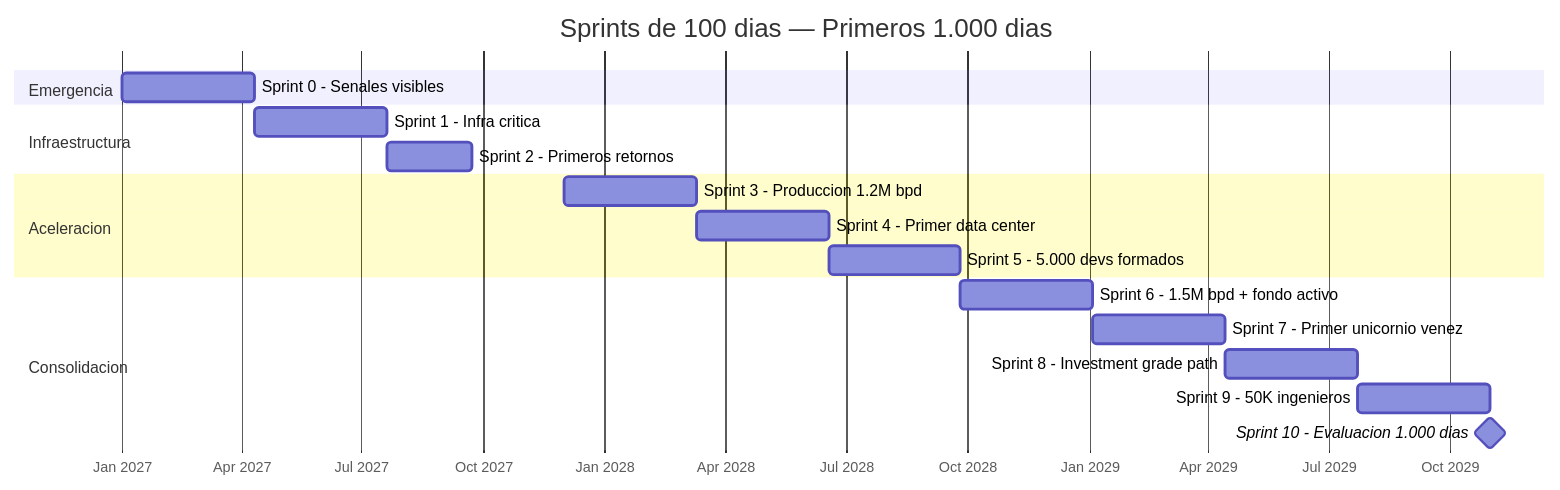
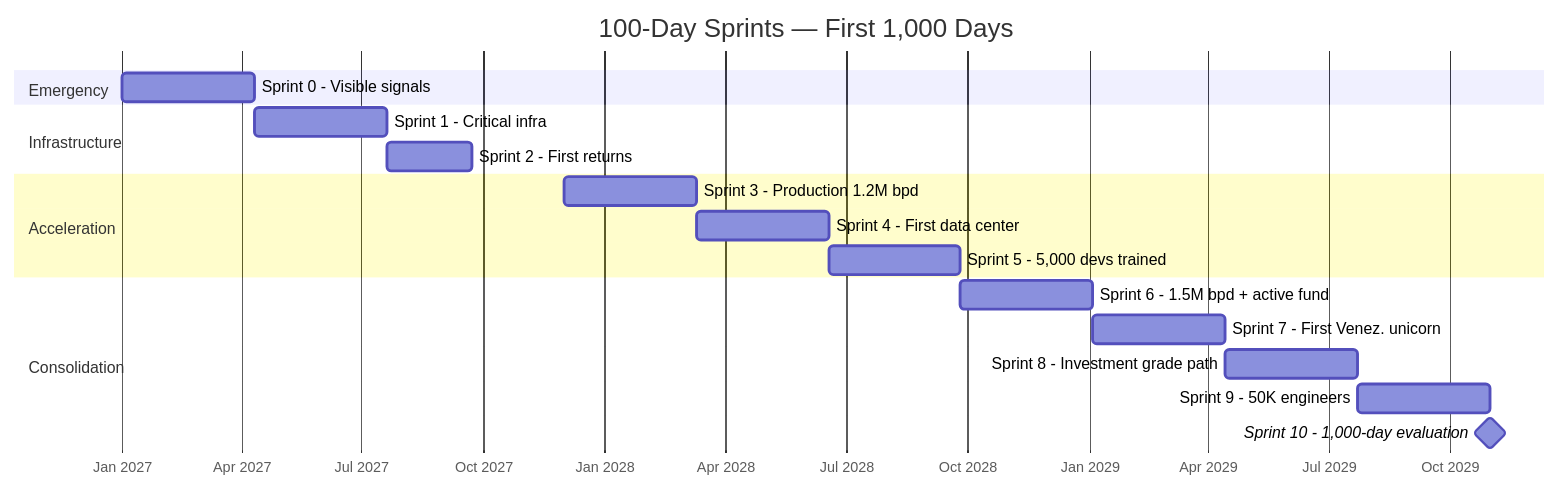
One commit to Venezuela-S-A/venezuela-sa changed the second of 2 diagrams in i18n/en/docusaurus-plugin-content-docs/current/07-ejecucion/timeline.md. Above: the diagram before and after it, drawn with Mermaid. The commit also changed other lines of this file and 127 other files, not shown here.

````diff
--- a/i18n/en/docusaurus-plugin-content-docs/current/07-ejecucion/timeline.md
+++ b/i18n/en/docusaurus-plugin-content-docs/current/07-ejecucion/timeline.md
@@ -98,25 +98,25 @@
 ```mermaid
 gantt
-    title Sprints de 100 dias — Primeros 1.000 dias
+    title 100-Day Sprints — First 1,000 Days
     dateFormat YYYY-MM-DD
     axisFormat %b %Y
 
-    section Emergencia
-    Sprint 0 - Senales visibles       :s0, 2027-01-01, 100d
+    section Emergency
+    Sprint 0 - Visible signals         :s0, 2027-01-01, 100d
 
-    section Infraestructura
-    Sprint 1 - Infra critica           :s1, after s0, 100d
-    Sprint 2 - Primeros retornos       :s2, after s1, 65d
+    section Infrastructure
+    Sprint 1 - Critical infra          :s1, after s0, 100d
+    Sprint 2 - First returns           :s2, after s1, 65d
 
-    section Aceleracion
-    Sprint 3 - Produccion 1.2M bpd     :s3, 2027-12-01, 100d
-    Sprint 4 - Primer data center      :s4, after s3, 100d
-    Sprint 5 - 5.000 devs formados     :s5, after s4, 100d
+    section Acceleration
+    Sprint 3 - Production 1.2M bpd     :s3, 2027-12-01, 100d
+    Sprint 4 - First data center       :s4, after s3, 100d
+    Sprint 5 - 5,000 devs trained      :s5, after s4, 100d
 
-    section Consolidacion
-    Sprint 6 - 1.5M bpd + fondo activo :s6, after s5, 100d
-    Sprint 7 - Primer unicornio venez  :s7, after s6, 100d
+    section Consolidation
+    Sprint 6 - 1.5M bpd + active fund  :s6, after s5, 100d
+    Sprint 7 - First Venez. unicorn    :s7, after s6, 100d
     Sprint 8 - Investment grade path   :s8, after s7, 100d
-    Sprint 9 - 50K ingenieros          :s9, after s8, 100d
-    Sprint 10 - Evaluacion 1.000 dias  :milestone, m10, after s9, 0d
+    Sprint 9 - 50K engineers           :s9, after s8, 100d
+    Sprint 10 - 1,000-day evaluation   :milestone, m10, after s9, 0d
 ```
````
